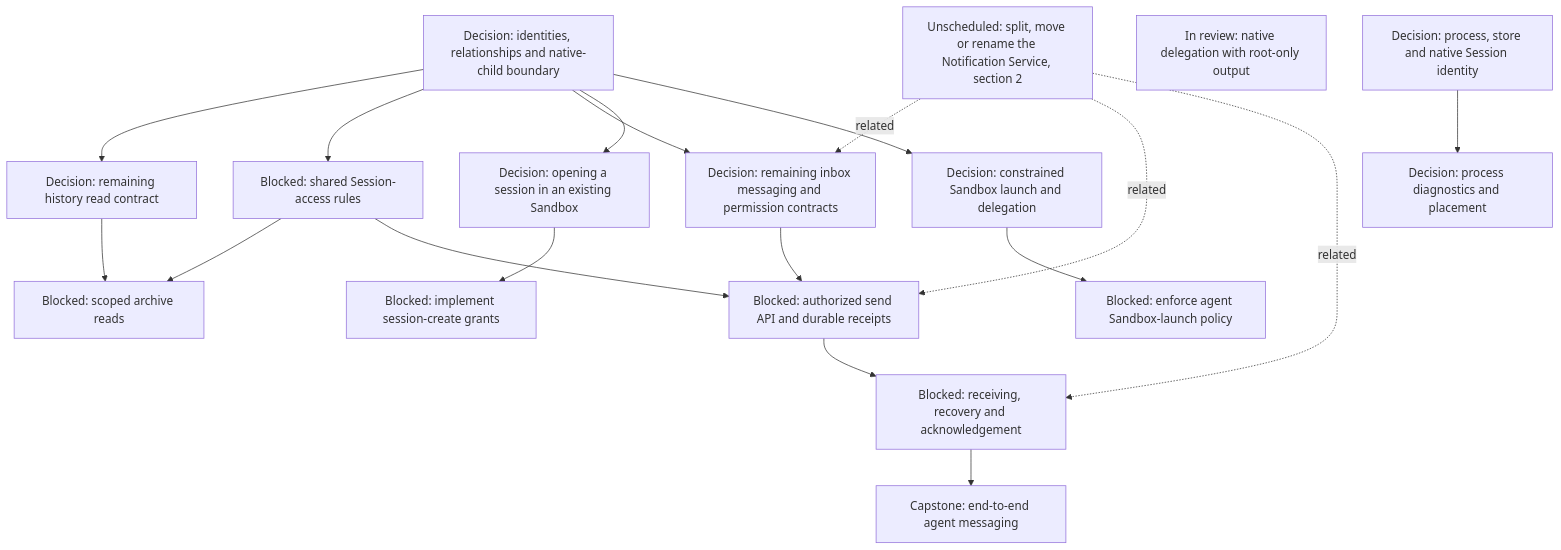
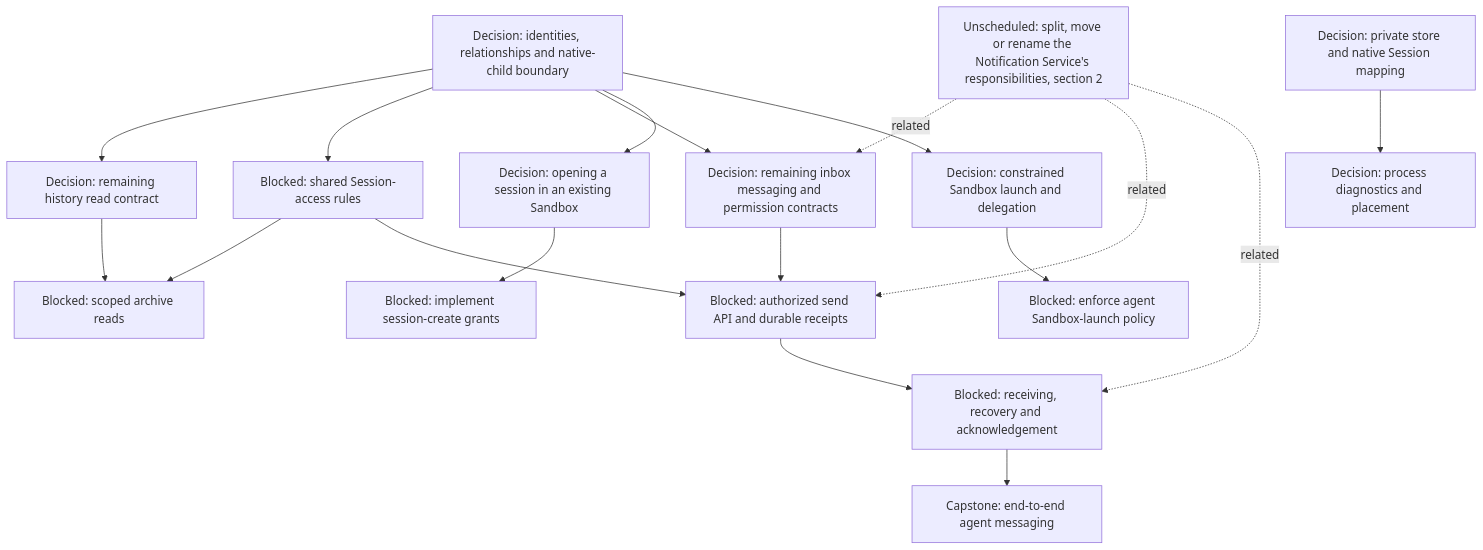
One commit to agentydragon/ducktape changed the fifth of 16 diagrams in agentplane/plans/task_dag.md. Above: the diagram before and after it, drawn with Mermaid. The commit also changed other lines of this file and 1 other file, not shown here.

````diff
--- a/agentplane/plans/task_dag.md
+++ b/agentplane/plans/task_dag.md
@@ -248,35 +249,34 @@
 ```mermaid
 flowchart TD
     MULTIAGENT_MODEL[Decision: identities, relationships and native-child boundary]
     SESSION_ACCESS_RULES[Blocked: shared Session-access rules]
     THREAD_READ_POLICY_DESIGN[Decision: remaining history read contract]
     THREAD_READ_POLICY[Blocked: scoped archive reads]
     AGENT_MESSAGING_DESIGN[Decision: remaining inbox messaging and permission contracts]
     AGENT_MESSAGE_INGRESS[Blocked: authorized send API and durable receipts]
     AGENT_MESSAGE_RECEPTION[Blocked: receiving, recovery and acknowledgement]
     AGENT_MESSAGING[Capstone: end-to-end agent messaging]
     THREAD_CREATE_POLICY[Decision: opening a session in an existing Sandbox]
     THREAD_CREATE_AUTHORIZATION[Blocked: implement session-create grants]
     AGENT_LAUNCH_POLICY_DESIGN[Decision: constrained Sandbox launch and delegation]
     AGENT_SANDBOX_LAUNCH[Blocked: enforce agent Sandbox-launch policy]
     MULTIAGENT_MODEL --> THREAD_READ_POLICY_DESIGN
     MULTIAGENT_MODEL --> SESSION_ACCESS_RULES
     MULTIAGENT_MODEL --> AGENT_MESSAGING_DESIGN
     MULTIAGENT_MODEL --> THREAD_CREATE_POLICY
     MULTIAGENT_MODEL --> AGENT_LAUNCH_POLICY_DESIGN
     THREAD_READ_POLICY_DESIGN --> THREAD_READ_POLICY
     SESSION_ACCESS_RULES --> THREAD_READ_POLICY
     SESSION_ACCESS_RULES --> AGENT_MESSAGE_INGRESS
     AGENT_MESSAGING_DESIGN --> AGENT_MESSAGE_INGRESS
     AGENT_MESSAGE_INGRESS --> AGENT_MESSAGE_RECEPTION
-    NOTIFICATION_SERVICE_SPLIT[Unscheduled: split, move or rename the Notification Service, section 2] -. related .-> AGENT_MESSAGING_DESIGN
+    NOTIFICATION_SERVICE_SPLIT[Unscheduled: split, move or rename the Notification Service's responsibilities, section 2] -. related .-> AGENT_MESSAGING_DESIGN
     NOTIFICATION_SERVICE_SPLIT -. related .-> AGENT_MESSAGE_INGRESS
     NOTIFICATION_SERVICE_SPLIT -. related .-> AGENT_MESSAGE_RECEPTION
     AGENT_MESSAGE_RECEPTION --> AGENT_MESSAGING
     THREAD_CREATE_POLICY --> THREAD_CREATE_AUTHORIZATION
     AGENT_LAUNCH_POLICY_DESIGN --> AGENT_SANDBOX_LAUNCH
-    NATIVE_SUBAGENT_ENABLE[In review: native delegation with root-only output]
     RUNNER_HARNESS_OBJECTS_DESIGN[Decision: process diagnostics and placement]
-    HARNESS_IDENTITY_DESIGN[Decision: process, store and native Session identity]
+    HARNESS_IDENTITY_DESIGN[Decision: private store and native Session mapping]
     HARNESS_IDENTITY_DESIGN --> RUNNER_HARNESS_OBJECTS_DESIGN
 ```
````
